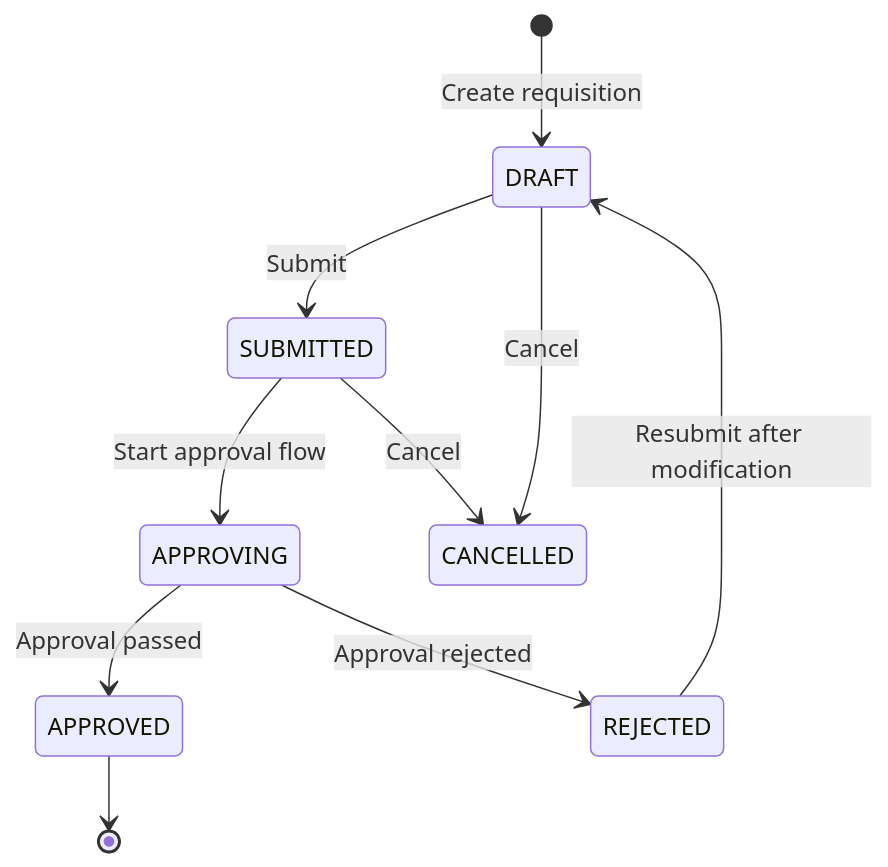
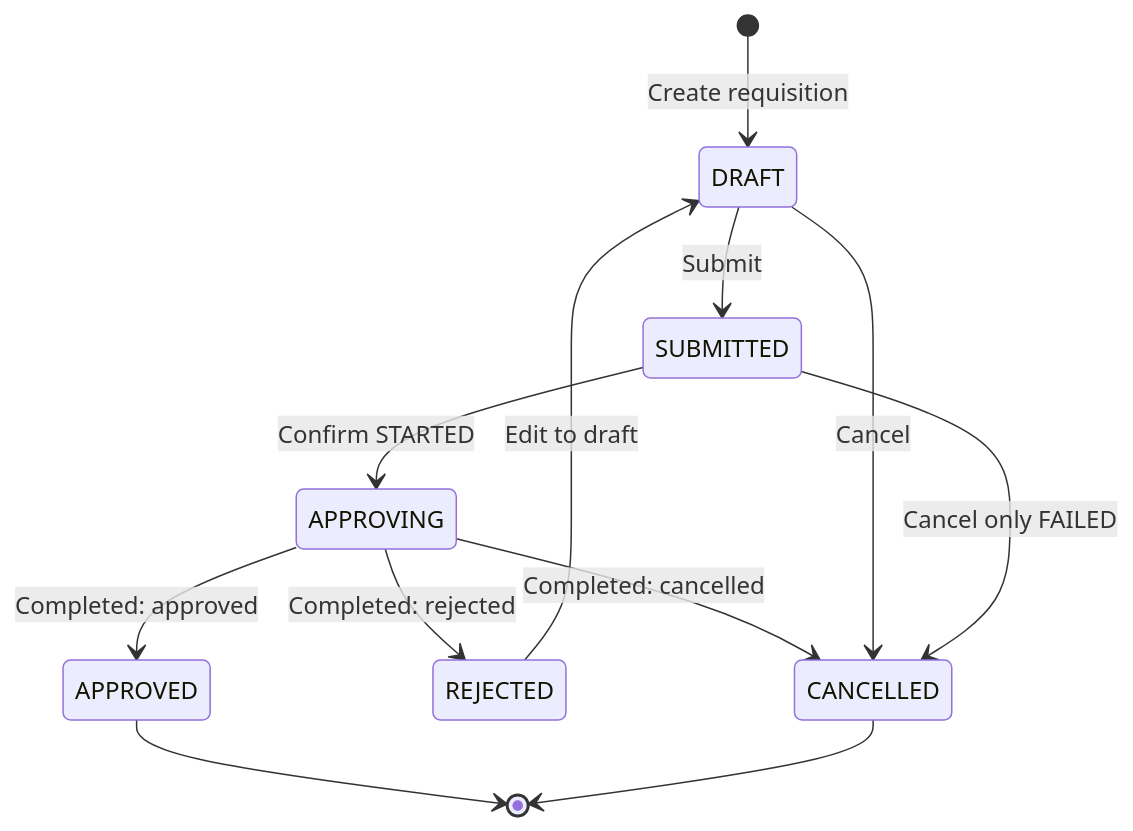
One commit to wang-baohai/Omni-Stack changed the third of 7 diagrams in docs/design/procurement-design.en.md. Above: the diagram before and after it, drawn with Mermaid. The commit also changed other lines of this file and 1095 other files, not shown here.

````diff
--- a/docs/design/procurement-design.en.md
+++ b/docs/design/procurement-design.en.md
@@ -221,12 +220,14 @@
 ```mermaid
 stateDiagram-v2
     [*] --> DRAFT: Create requisition
     DRAFT --> SUBMITTED: Submit
-    SUBMITTED --> APPROVING: Start approval flow
-    APPROVING --> APPROVED: Approval passed
-    APPROVING --> REJECTED: Approval rejected
+    SUBMITTED --> APPROVING: Confirm STARTED
+    APPROVING --> APPROVED: Completed: approved
+    APPROVING --> REJECTED: Completed: rejected
+    APPROVING --> CANCELLED: Completed: cancelled
     DRAFT --> CANCELLED: Cancel
-    SUBMITTED --> CANCELLED: Cancel
+    SUBMITTED --> CANCELLED: Cancel only FAILED
+    REJECTED --> DRAFT: Edit to draft
     APPROVED --> [*]
-    REJECTED --> DRAFT: Resubmit after modification
+    CANCELLED --> [*]
 ```
````
